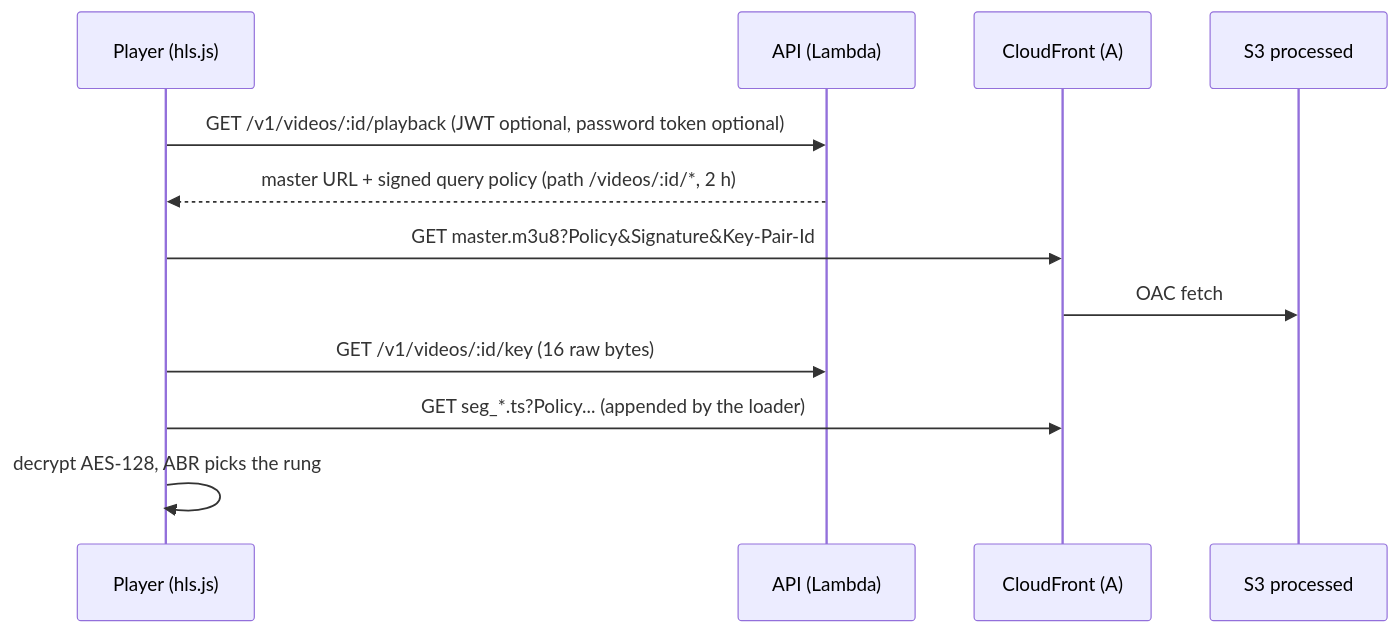
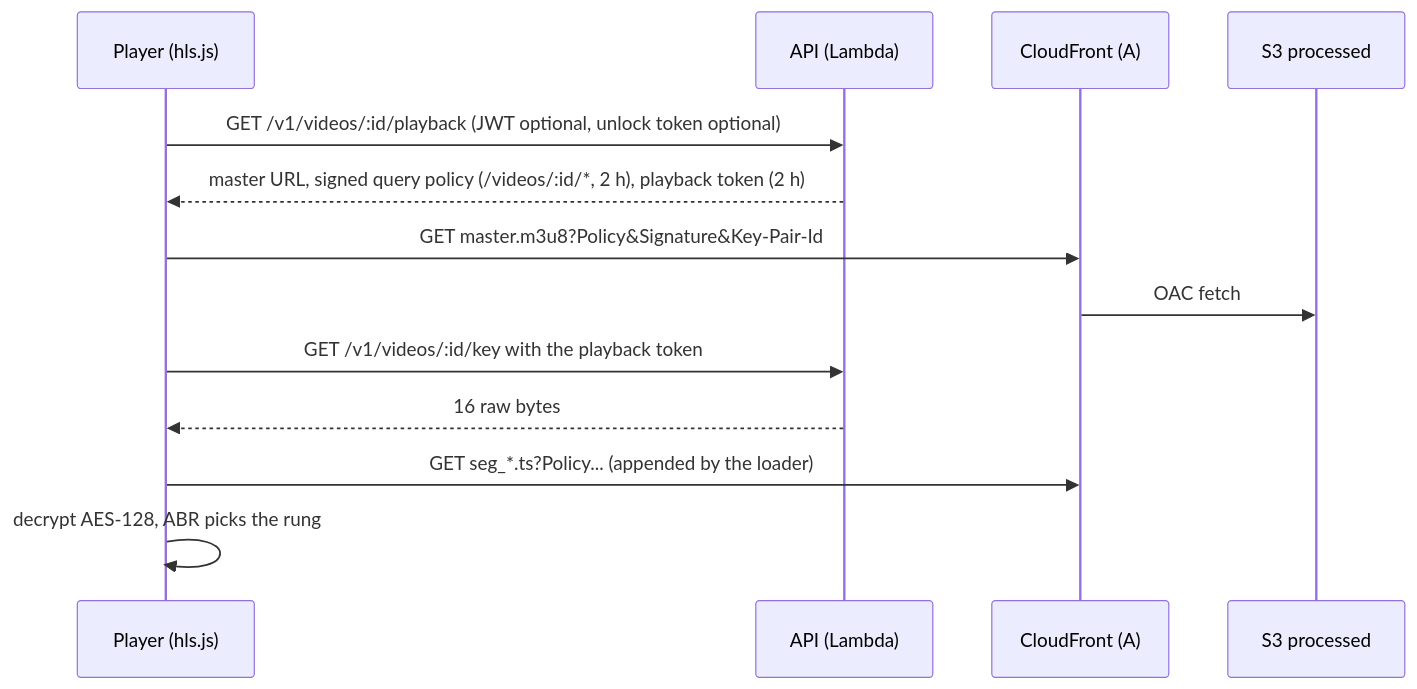
Before and after one commit to DinhQuocCuong28664/DACNTT_VideoStreaming: the sixth of 7 diagrams in docs/ARCHITECTURE.md, drawn with Mermaid. The commit also changed other lines of this file and 1 other file, not shown here.

First line of the commit message:
docs(architecture): correct the design after a full review

````diff
--- a/docs/ARCHITECTURE.md
+++ b/docs/ARCHITECTURE.md
@@ -255,14 +298,15 @@
 ```mermaid
 sequenceDiagram
   participant P as Player (hls.js)
   participant A as API (Lambda)
   participant C as CloudFront (A)
   participant S as S3 processed
-  P->>A: GET /v1/videos/:id/playback (JWT optional, password token optional)
-  A-->>P: master URL + signed query policy (path /videos/:id/*, 2 h)
+  P->>A: GET /v1/videos/:id/playback (JWT optional, unlock token optional)
+  A-->>P: master URL, signed query policy (/videos/:id/*, 2 h), playback token (2 h)
   P->>C: GET master.m3u8?Policy&Signature&Key-Pair-Id
   C->>S: OAC fetch
-  P->>A: GET /v1/videos/:id/key (16 raw bytes)
+  P->>A: GET /v1/videos/:id/key with the playback token
+  A-->>P: 16 raw bytes
   P->>C: GET seg_*.ts?Policy... (appended by the loader)
   P->>P: decrypt AES-128, ABR picks the rung
 ```
````
